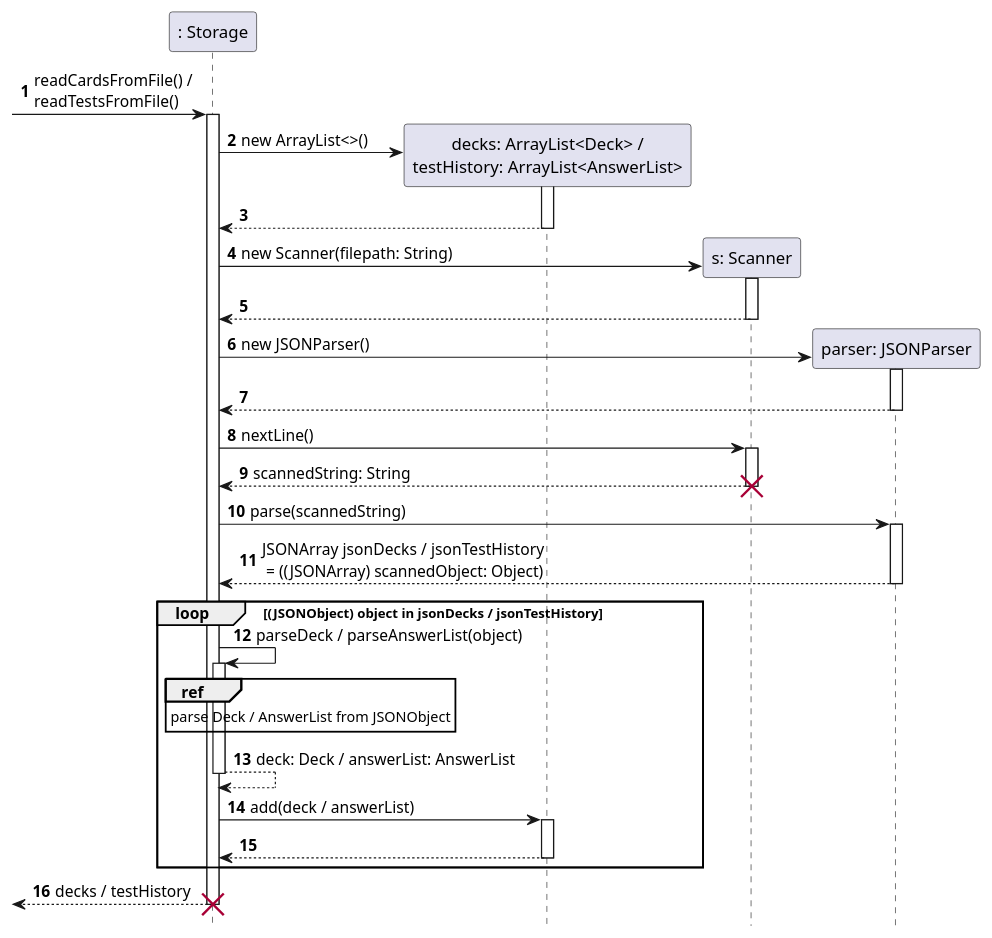
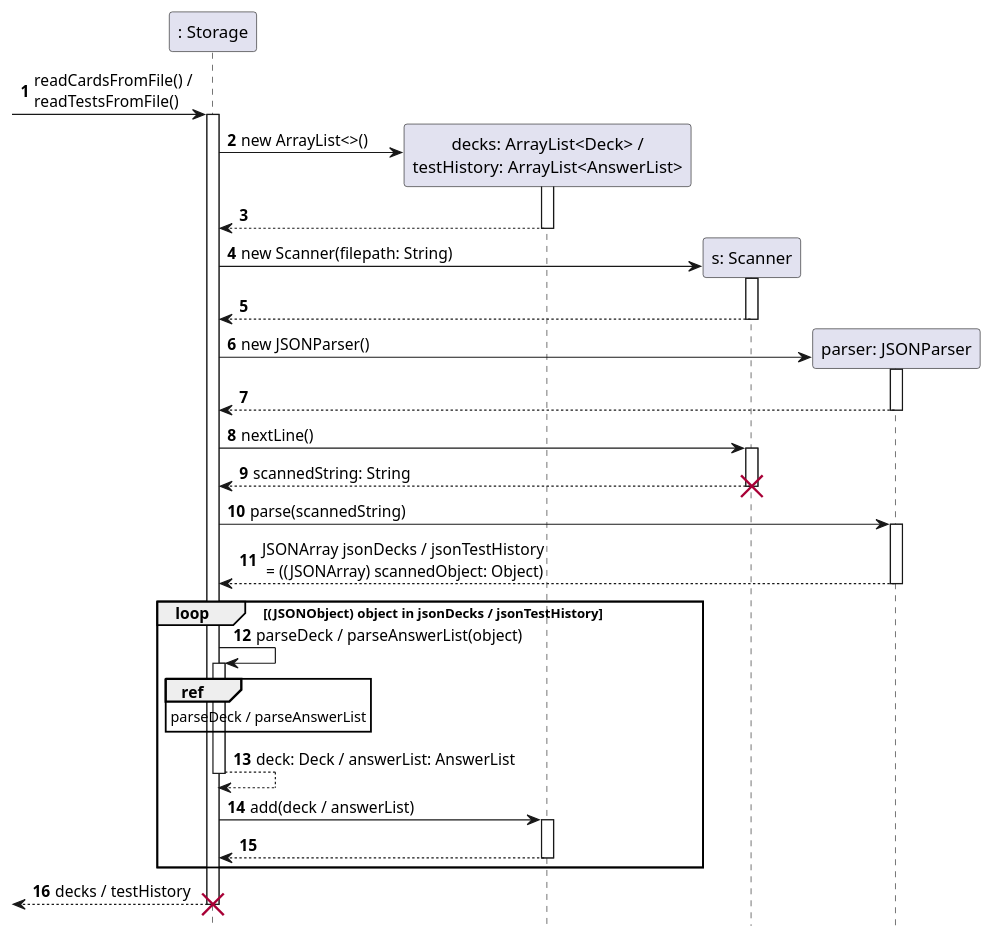
The diagram in docs/uml/readFromFileSeqDiagram.puml (xkisxk/tp), drawn with PlantUML before and after one commit. The commit also changed 3 other files, not shown here.

Commit message:
Added ref boxes to parseDeck and parseAnswerList seq diagrams

```diff
--- a/docs/uml/readFromFileSeqDiagram.puml
+++ b/docs/uml/readFromFileSeqDiagram.puml
@@ -1,66 +1,66 @@
 @startuml
 'https://plantuml.com/sequence-diagram
 hide footbox
 autonumber
 participant ": Storage" as Store
 participant "decks: ArrayList<Deck> /\ntestHistory: ArrayList<AnswerList>" as ArrayList
 participant "s: Scanner" as Scan
 participant "parser: JSONParser" as Parser
 
 [->Store: readCardsFromFile() /\nreadTestsFromFile()
 activate Store
 
 Store->ArrayList**: new ArrayList<>()
 activate ArrayList
 
 Store<--ArrayList
 deactivate ArrayList
 
 Store->Scan**: new Scanner(filepath: String)
 activate Scan
 
 Store<--Scan
 deactivate Scan
 
 Store->Parser**: new JSONParser()
 activate Parser
 
 Store<--Parser
 deactivate Parser
 
 Store->Scan: nextLine()
 activate Scan
 
 Store<--Scan: scannedString: String
 destroy Scan
 
 Store->Parser: parse(scannedString)
 activate Parser
 
 Store<--Parser: JSONArray jsonDecks / jsonTestHistory\n = ((JSONArray) scannedObject: Object)
 deactivate Parser
 
 loop (JSONObject) object in jsonDecks / jsonTestHistory
 
 Store->Store: parseDeck / parseAnswerList(object)
 activate Store
 
 ref over Store
-parse Deck / AnswerList from JSONObject
+parseDeck / parseAnswerList
 end ref
 
 Store-->Store: deck: Deck / answerList: AnswerList
 deactivate Store
 
 Store->ArrayList: add(deck / answerList)
 activate ArrayList
 
 Store<--ArrayList
 deactivate ArrayList
 
 end
 
 [<--Store: decks / testHistory
 destroy Store
 
 @enduml
```
